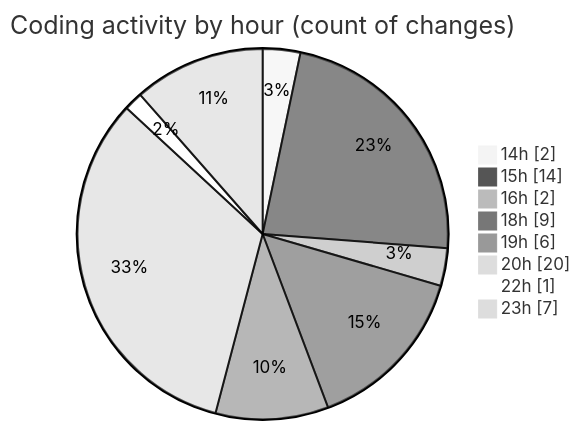
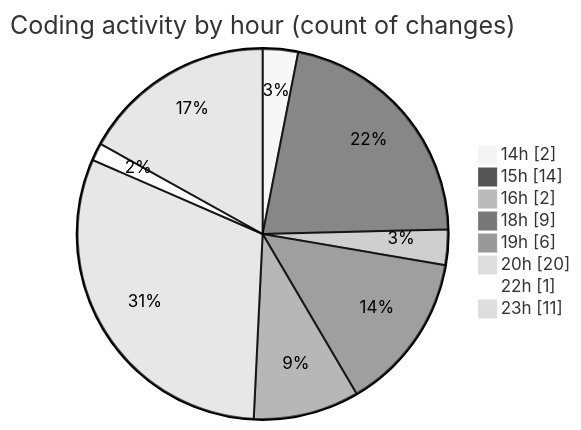
One commit to Netris89/code-tracking changed the second of 2 diagrams in 2025-03-21/back-end/README.md. Above: the diagram before and after it, drawn with Mermaid (neutral theme). The commit also changed other lines of this file and 1 other file, not shown here.

````diff
--- a/2025-03-21/back-end/README.md
+++ b/2025-03-21/back-end/README.md
@@ -33,12 +33,12 @@
 ```mermaid
 pie showData
 title Coding activity by hour (count of changes)
 "14h" : 2
 "15h" : 14
 "16h" : 2
 "18h" : 9
 "19h" : 6
 "20h" : 20
 "22h" : 1
-"23h" : 7
+"23h" : 11
 ```
````
